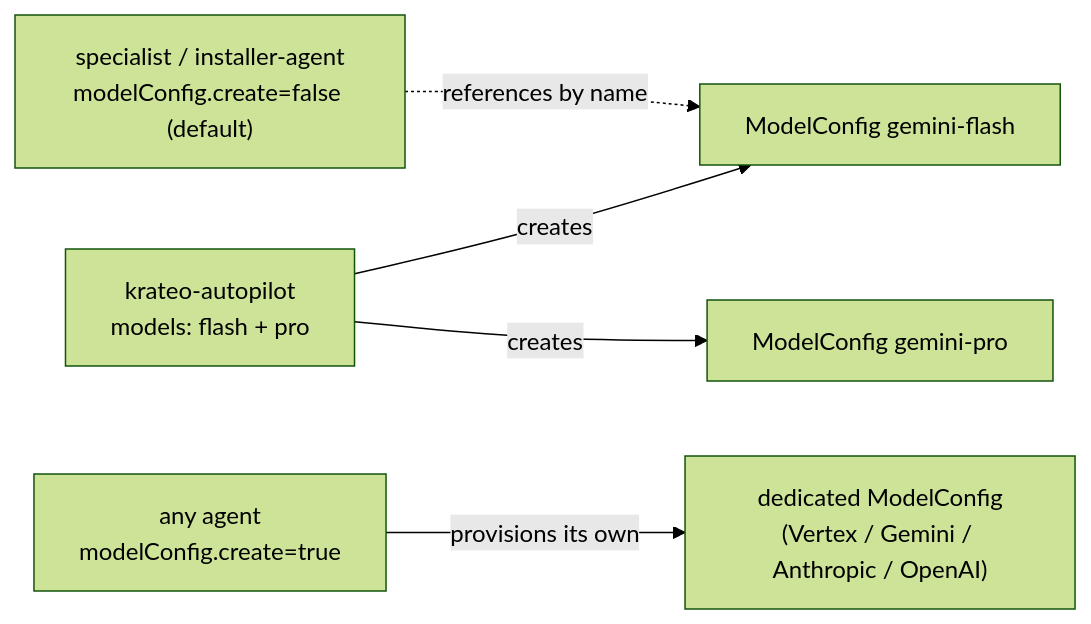
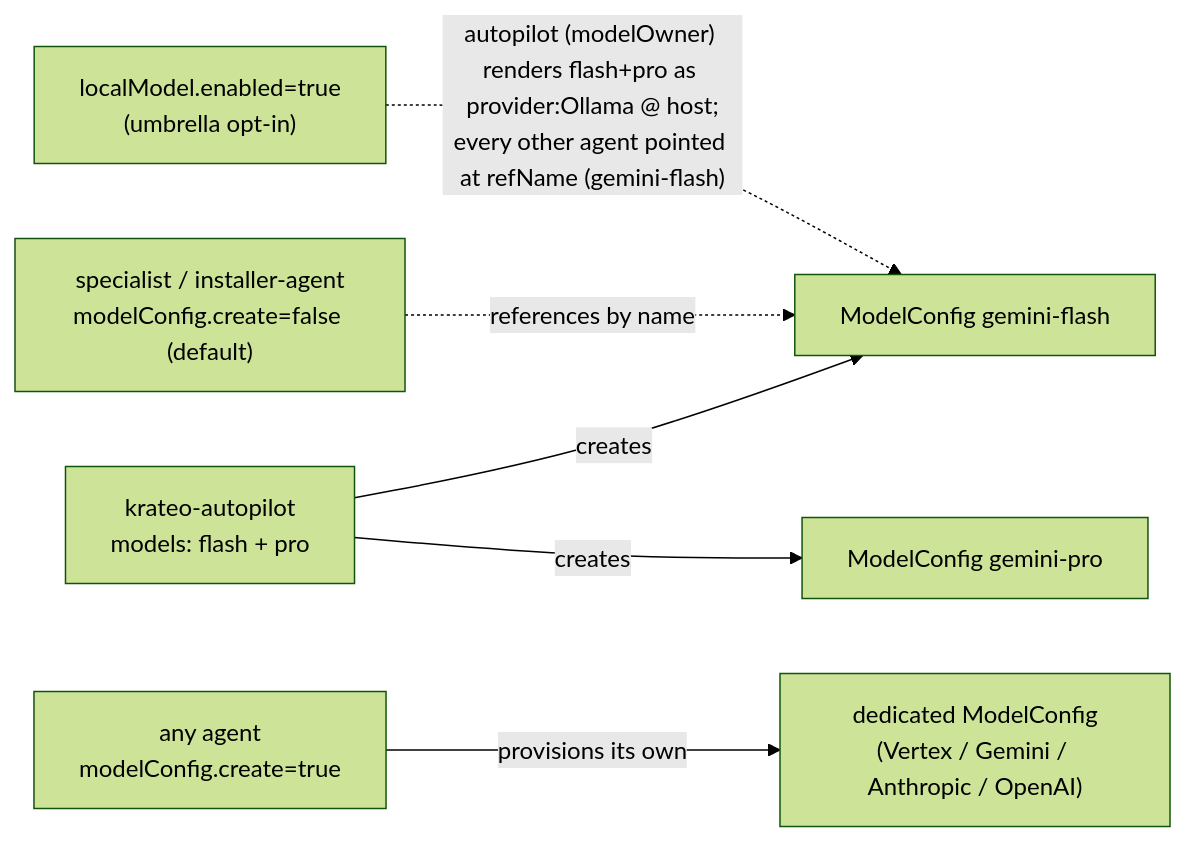
Before and after one commit to braghettos/installer: the sixth of 8 diagrams in ARCHITECTURE.md, drawn with Mermaid (forest theme). The commit also changed other lines of this file and 8 other files, not shown here.

First line of the commit message:
docs: refresh versions/engine, add ADDING-AN-AGENT guide, cover localModel + kagent-ui exposure

````diff
--- a/ARCHITECTURE.md
+++ b/ARCHITECTURE.md
@@ -210,7 +231,8 @@
 ```mermaid
 flowchart LR
     ap["krateo-autopilot<br/>models: flash + pro"] -->|creates| mcf["ModelConfig gemini-flash"]
     ap -->|creates| mcp["ModelConfig gemini-pro"]
     sp["specialist / installer-agent<br/>modelConfig.create=false (default)"] -.->|references by name| mcf
     ded["any agent<br/>modelConfig.create=true"] -->|provisions its own| own["dedicated ModelConfig<br/>(Vertex / Gemini / Anthropic / OpenAI)"]
+    lm["localModel.enabled=true<br/>(umbrella opt-in)"] -.->|"autopilot (modelOwner) renders flash+pro as provider:Ollama @ host;<br/>every other agent pointed at refName (gemini-flash)"| mcf
 ```
````
